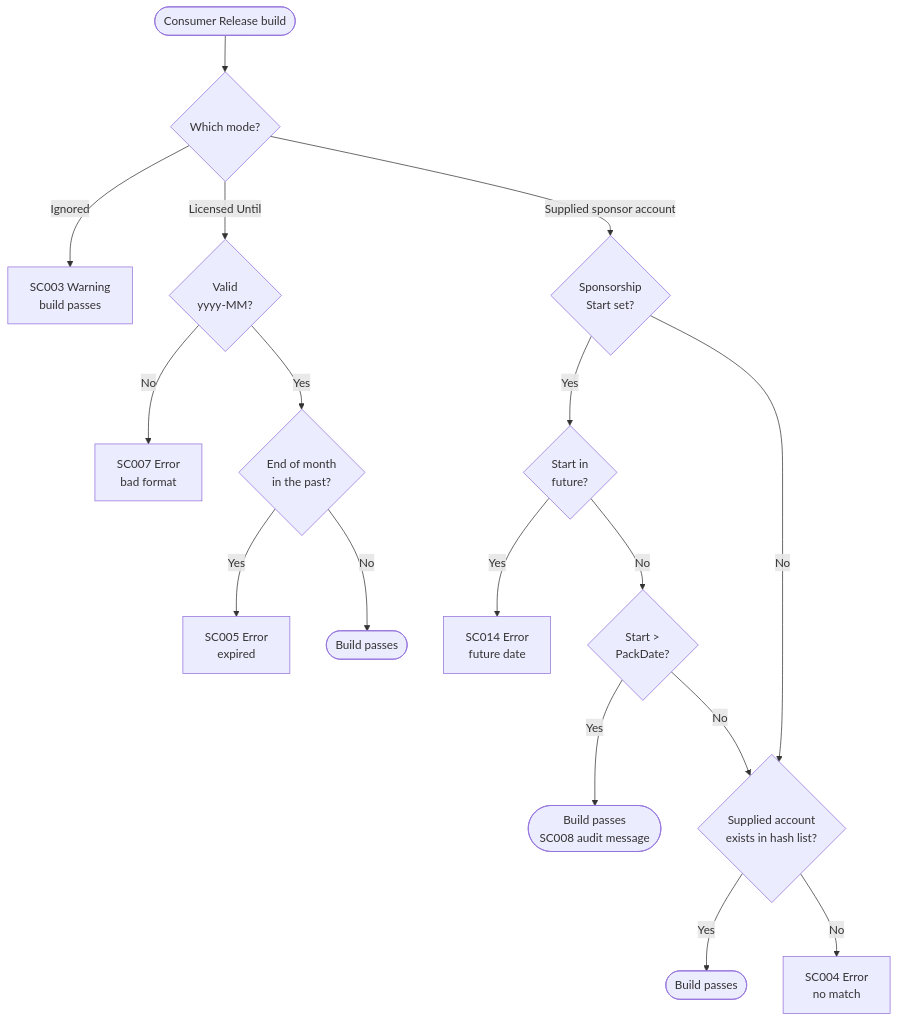
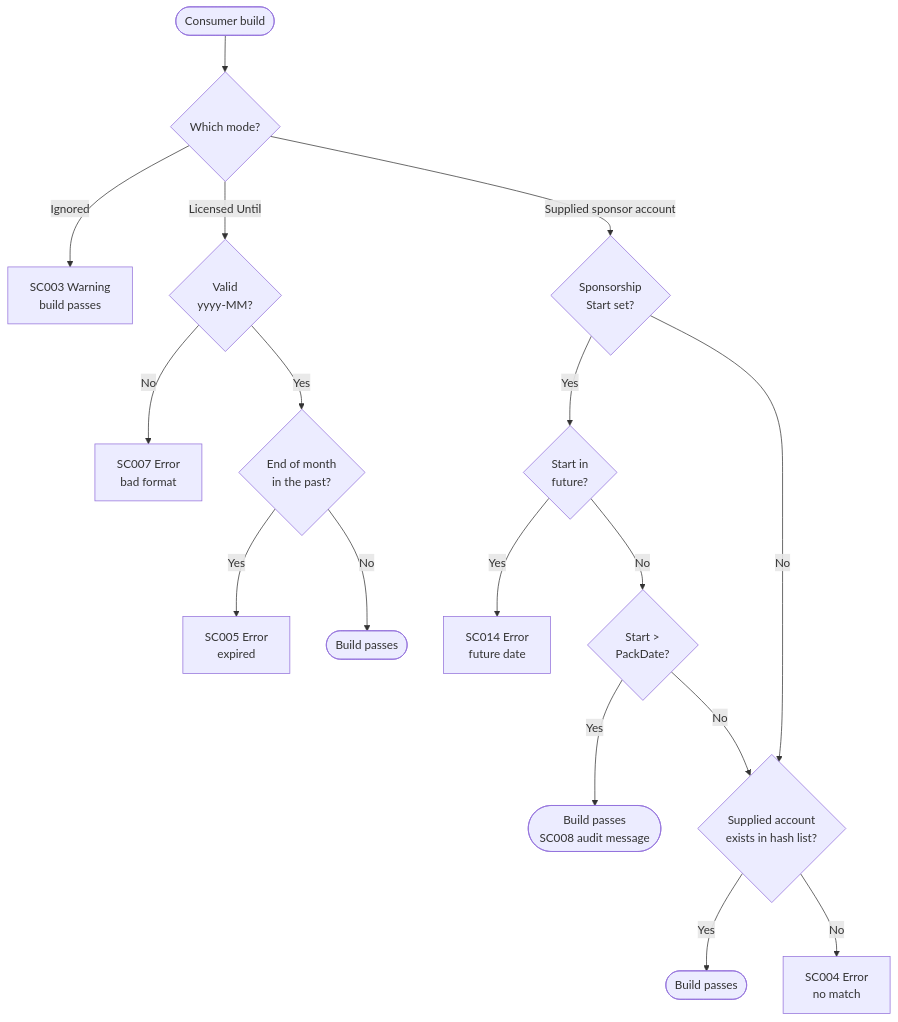
One commit to SimonCropp/SponsorCheck changed the diagram in readme.md. Above: the diagram before and after it, drawn with Mermaid. The commit also changed other lines of this file and 3 other files, not shown here.

````diff
--- a/readme.md
+++ b/readme.md
@@ -279,24 +279,24 @@
 ```mermaid
 flowchart TD
-    Start([Consumer Release build]) --> Which{Which mode?}
+    Start([Consumer build]) --> Which{Which mode?}
 
     Which -->|Ignored| SC003[SC003 Warning<br/>build passes]
 
     Which -->|Licensed Until| ParseYM{Valid<br/>yyyy-MM?}
     ParseYM -->|No| SC007[SC007 Error<br/>bad format]
     ParseYM -->|Yes| Expired{End of month<br/>in the past?}
     Expired -->|Yes| SC005[SC005 Error<br/>expired]
     Expired -->|No| PassLicense([Build passes])
 
     Which -->|Supplied sponsor account| HasStart{Sponsorship<br/>Start set?}
     HasStart -->|Yes| Future{Start in<br/>future?}
     Future -->|Yes| SC014[SC014 Error<br/>future date]
     Future -->|No| AfterPack{Start &gt;<br/>PackDate?}
     AfterPack -->|Yes| PassAttest([Build passes<br/>SC008 audit message])
     AfterPack -->|No| Match
     HasStart -->|No| Match
 
     Match{Supplied account<br/>exists in hash list?}
     Match -->|Yes| PassSponsor([Build passes])
     Match -->|No| SC004[SC004 Error<br/>no match]
 ```
````
